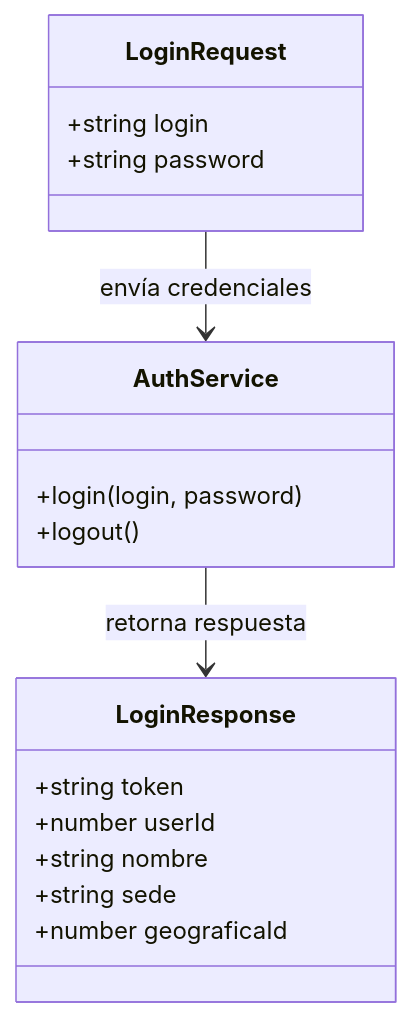
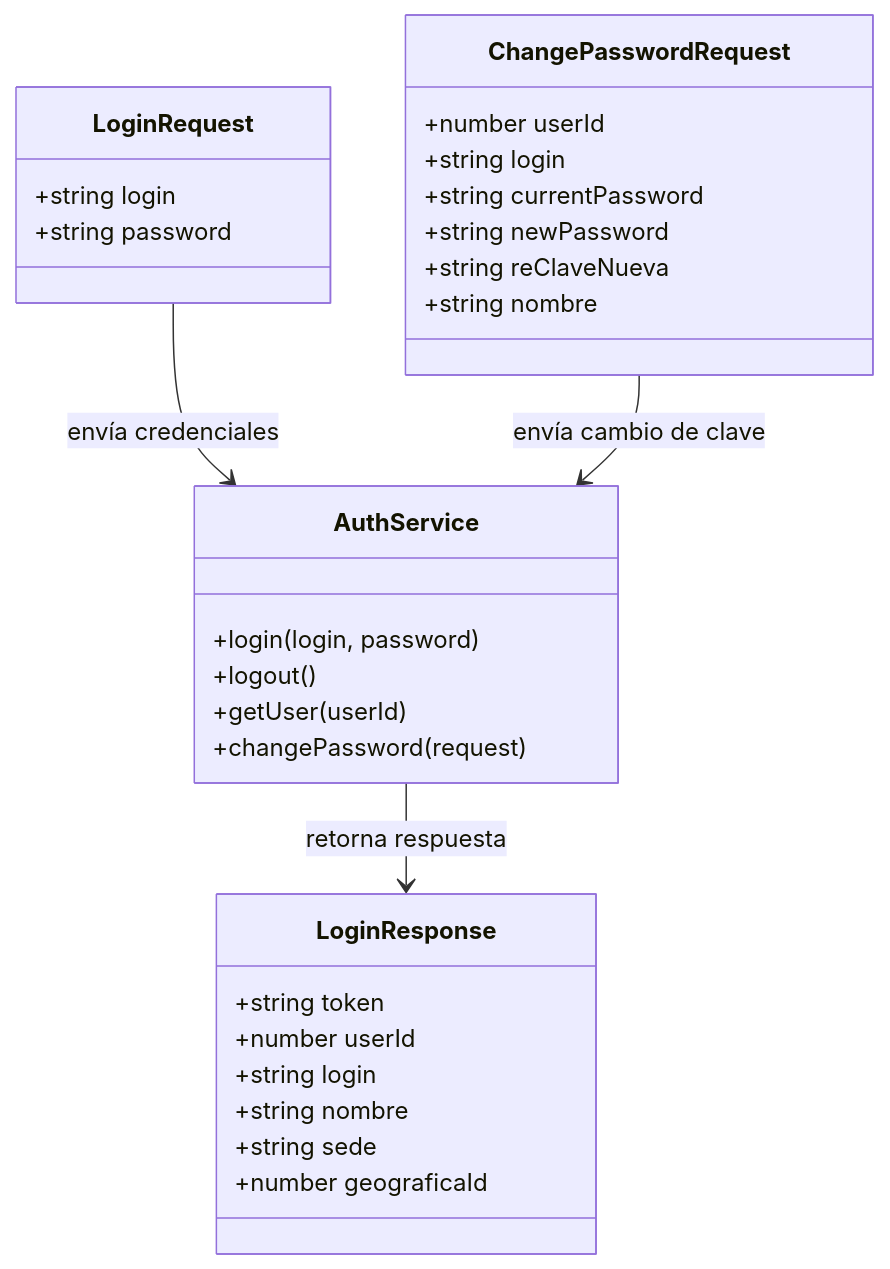
One commit to UM-services/UM.tesoreria.frontend-client changed the eighth of 8 diagrams in docs/architecture.md. Above: the diagram before and after it, drawn with Mermaid. The commit also changed other lines of this file and 4 other files, not shown here.

````diff
--- a/docs/architecture.md
+++ b/docs/architecture.md
@@ -209,23 +224,36 @@
 ```mermaid
 classDiagram
     class LoginRequest {
         +string login
         +string password
     }
 
     class LoginResponse {
         +string token
         +number userId
+        +string login
         +string nombre
         +string sede
         +number geograficaId
     }
 
+    class ChangePasswordRequest {
+        +number userId
+        +string login
+        +string currentPassword
+        +string newPassword
+        +string reClaveNueva
+        +string nombre
+    }
+
     class AuthService {
         +login(login, password)
         +logout()
+        +getUser(userId)
+        +changePassword(request)
     }
 
     LoginRequest --> AuthService: envía credenciales
+    ChangePasswordRequest --> AuthService: envía cambio de clave
     AuthService --> LoginResponse: retorna respuesta
 ```
````
